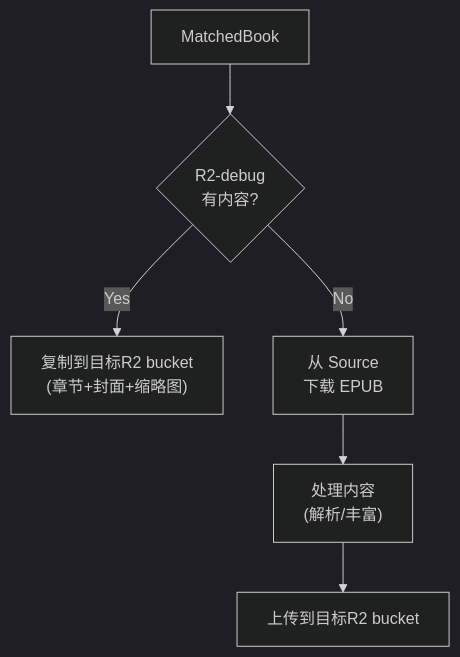
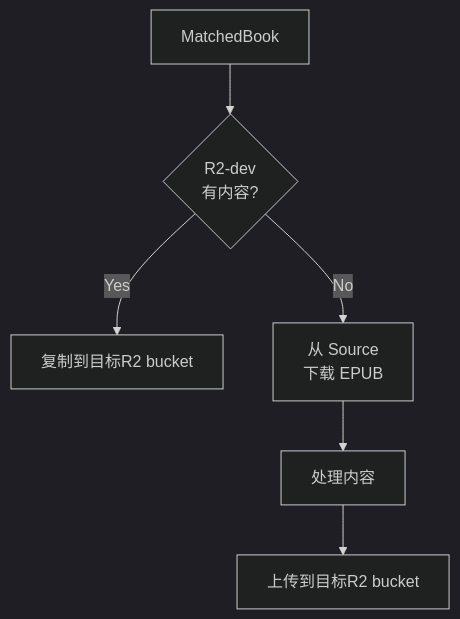
Before and after one commit to readmigo/docs: the fourth of 4 diagrams in 10-pipeline/automation/environment-pipeline-design.md, drawn with Mermaid (dark theme). The commit also changed other lines of this file and 27 other files, not shown here.

First line of the commit message:
audit: remove code snippets, update to 2-env architecture across operations and pipeline docs

````diff
--- a/10-pipeline/automation/environment-pipeline-design.md
+++ b/10-pipeline/automation/environment-pipeline-design.md
@@ -323,6 +308,6 @@
 ```mermaid
 flowchart TD
-    A["MatchedBook"] --> B{"R2-debug<br>有内容?"}
-    B -->|Yes| C["复制到目标R2 bucket<br>(章节+封面+缩略图)"]
-    B -->|No| D["从 Source<br>下载 EPUB"] --> E["处理内容<br>(解析/丰富)"] --> F["上传到目标R2 bucket"]
+    A["MatchedBook"] --> B{"R2-dev<br>有内容?"}
+    B -->|Yes| C["复制到目标R2 bucket"]
+    B -->|No| D["从 Source<br>下载 EPUB"] --> E["处理内容"] --> F["上传到目标R2 bucket"]
 ```
````
